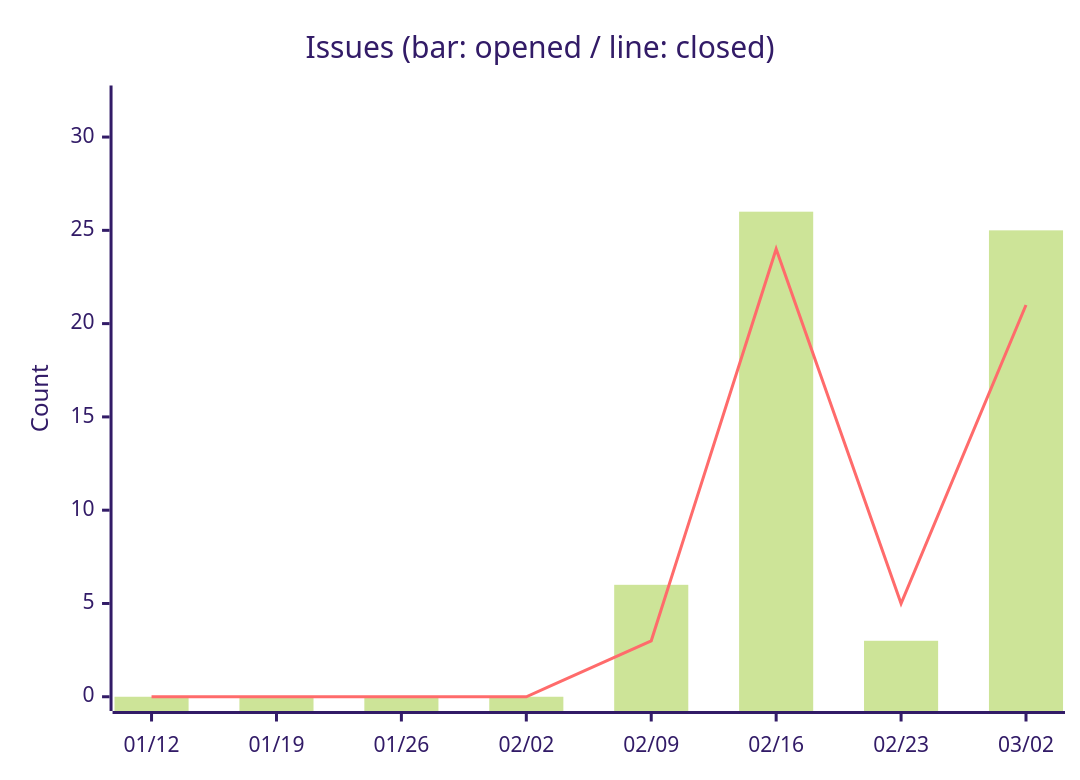
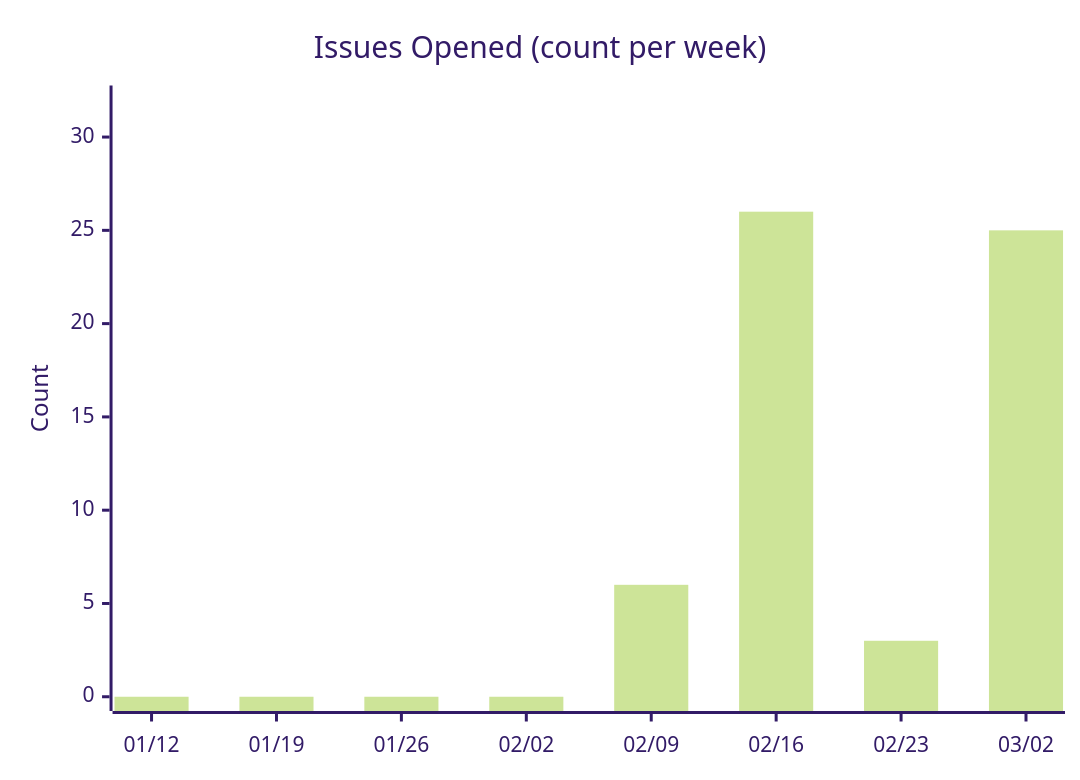
The sixth of 14 diagrams in docs/metrics.md (nablarch/nabledge-dev), drawn with Mermaid (forest theme) before and after one commit. The commit also changed other lines of this file and 4 other files, not shown here.

First line of the commit message:
feat: overhaul metrics output with charts, fix SLOC to v6 only, add label guidelines

````diff
--- a/docs/metrics.md
+++ b/docs/metrics.md
@@ -60,8 +65,7 @@
 ```mermaid
 xychart-beta
-  title "Issues (bar: opened / line: closed)"
+  title "Issues Opened (count per week)"
   x-axis ["01/12", "01/19", "01/26", "02/02", "02/09", "02/16", "02/23", "03/02"]
   y-axis "Count" 0 --> 32
   bar [0, 0, 0, 0, 6, 26, 3, 25]
-  line [0, 0, 0, 0, 3, 24, 5, 21]
 ```
````
